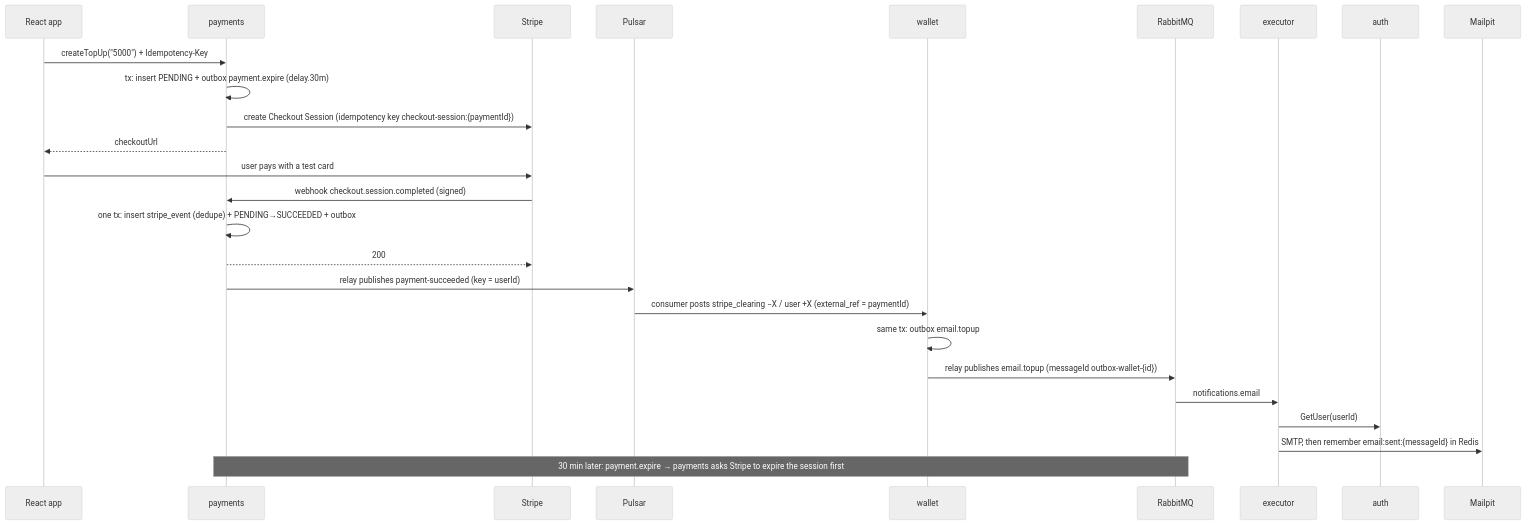
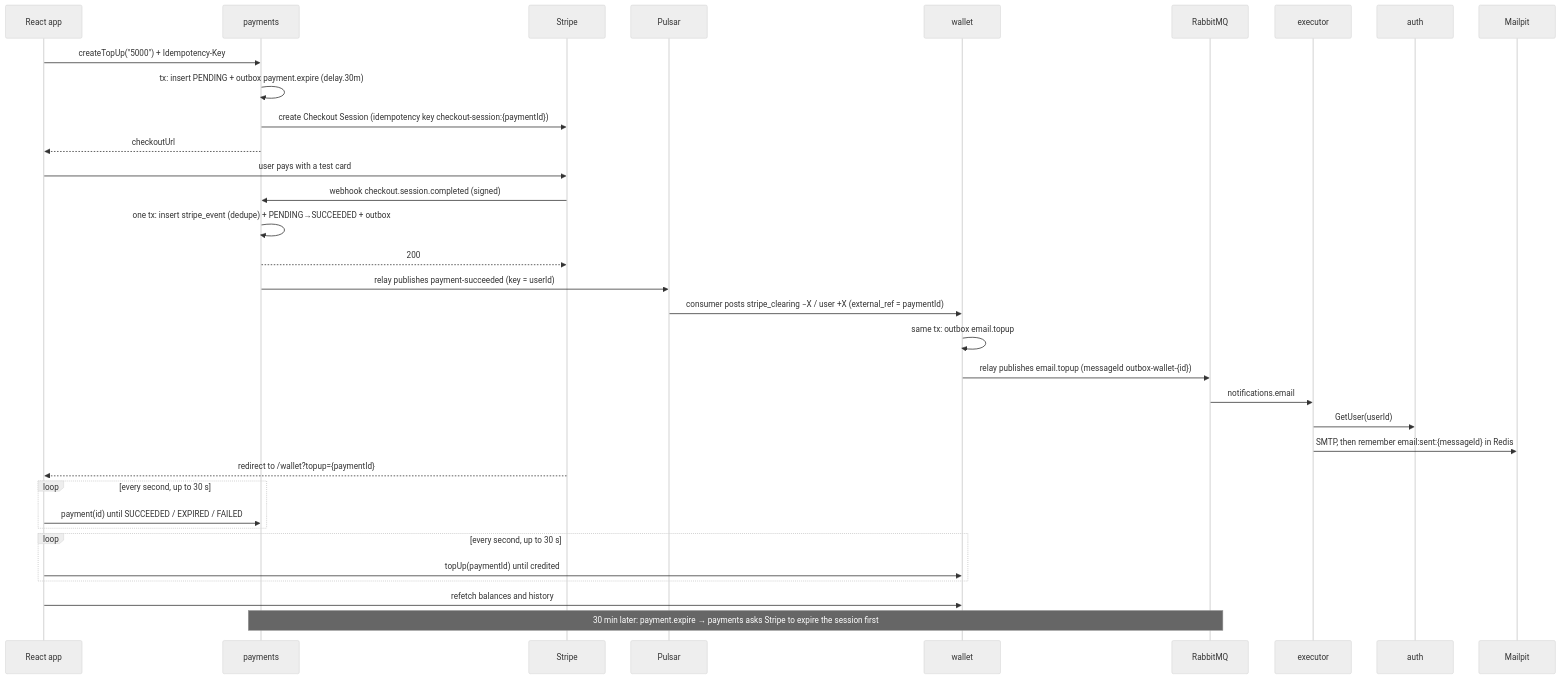
Before and after one commit to iarudakov30/jobber: the third of 3 diagrams in docs/nexuspay/01-purpose-and-architecture.md, drawn with Mermaid (neutral theme). The commit also changed other lines of this file and 30 other files, not shown here.

````diff
--- a/docs/nexuspay/01-purpose-and-architecture.md
+++ b/docs/nexuspay/01-purpose-and-architecture.md
@@ -204,28 +206,36 @@
 ```mermaid
 sequenceDiagram
   participant UI as React app
   participant P as payments
   participant S as Stripe
   participant PU as Pulsar
   participant W as wallet
   participant R as RabbitMQ
   participant E as executor
   participant A as auth
   participant M as Mailpit
   UI->>P: createTopUp("5000") + Idempotency-Key
   P->>P: tx: insert PENDING + outbox payment.expire (delay.30m)
   P->>S: create Checkout Session (idempotency key checkout-session:{paymentId})
   P-->>UI: checkoutUrl
   UI->>S: user pays with a test card
   S->>P: webhook checkout.session.completed (signed)
   P->>P: one tx: insert stripe_event (dedupe) + PENDING→SUCCEEDED + outbox
   P-->>S: 200
   P->>PU: relay publishes payment-succeeded (key = userId)
   PU->>W: consumer posts stripe_clearing −X / user +X (external_ref = paymentId)
   W->>W: same tx: outbox email.topup
   W->>R: relay publishes email.topup (messageId outbox-wallet-{id})
   R->>E: notifications.email
   E->>A: GetUser(userId)
   E->>M: SMTP, then remember email:sent:{messageId} in Redis
+  S-->>UI: redirect to /wallet?topup={paymentId}
+  loop every second, up to 30 s
+    UI->>P: payment(id) until SUCCEEDED / EXPIRED / FAILED
+  end
+  loop every second, up to 30 s
+    UI->>W: topUp(paymentId) until credited
+  end
+  UI->>W: refetch balances and history
   Note over P,R: 30 min later: payment.expire → payments asks Stripe to expire the session first
 ```
````
